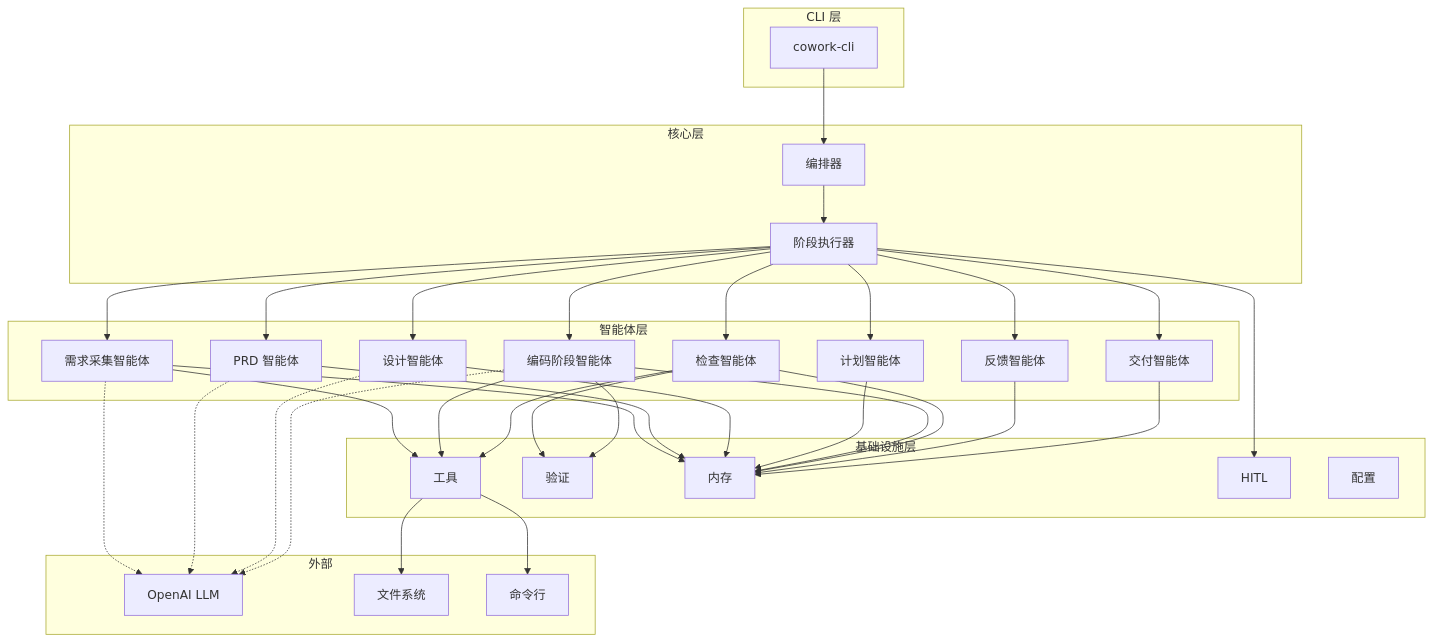
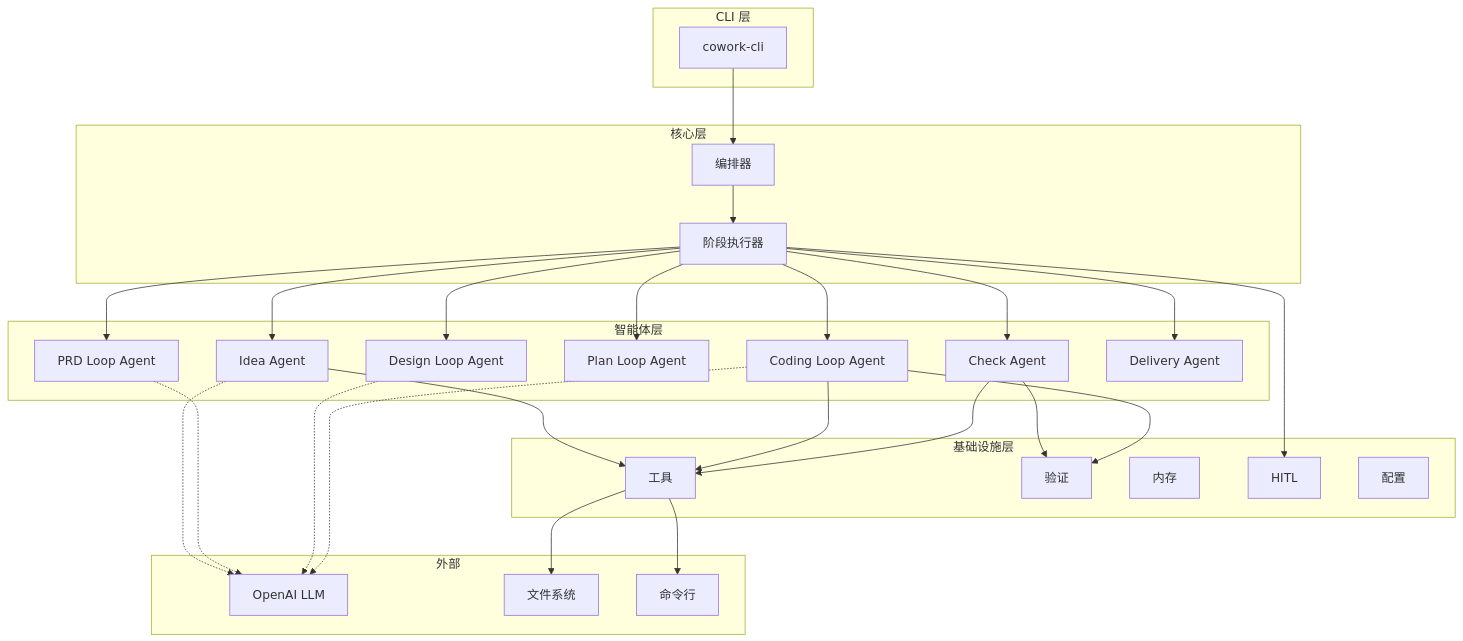
Before and after one commit to sopaco/cowork-forge: the first of 2 diagrams in README_zh.md, drawn with Mermaid. The commit also changed other lines of this file and 1 other file, not shown here.

First line of the commit message:
``` Update documentation to reflect 7-agent architecture

````diff
--- a/README_zh.md
+++ b/README_zh.md
@@ -157,73 +156,62 @@
 ```mermaid
 graph TB
     subgraph "CLI 层"
         CLI[cowork-cli]
     end
     
     subgraph "核心层"
         Orch[编排器]
         Exec[阶段执行器]
     end
     
     subgraph "智能体层"
-        IDEA[需求采集智能体]
-        PRD[PRD 智能体]
-        DESIGN[设计智能体]
-        PLAN[计划智能体]
-        CODING[编码阶段智能体]
-        CHECK[检查智能体]
-        FEEDBACK[反馈智能体]
-        DELIVERY[交付智能体]
+        IDEA[Idea Agent]
+        PRD[PRD Loop Agent]
+        DESIGN[Design Loop Agent]
+        PLAN[Plan Loop Agent]
+        CODING[Coding Loop Agent]
+        CHECK[Check Agent]
+        DELIVERY[Delivery Agent]
     end
     
     subgraph "基础设施层"
         TOOLS[工具]
         VERIFY[验证]
         MEMORY[内存]
         HITL[HITL]
         CONFIG[配置]
     end
     
     subgraph "外部"
         LLM[OpenAI LLM]
         FS[文件系统]
         CMD[命令行]
     end
     
     CLI --> Orch
     Orch --> Exec
     Exec --> IDEA
     Exec --> PRD
     Exec --> DESIGN
     Exec --> PLAN
     Exec --> CODING
     Exec --> CHECK
-    Exec --> FEEDBACK
     Exec --> DELIVERY
     
     IDEA --> TOOLS
     CODING --> TOOLS
     CHECK --> TOOLS
     
     CHECK --> VERIFY
     CODING --> VERIFY
-    
-    IDEA --> MEMORY
-    PRD --> MEMORY
-    DESIGN --> MEMORY
-    PLAN --> MEMORY
-    CODING --> MEMORY
-    CHECK --> MEMORY
-    FEEDBACK --> MEMORY
-    DELIVERY --> MEMORY
     
     Exec --> HITL
     
     TOOLS --> FS
     TOOLS --> CMD
     
     IDEA -.-> LLM
     PRD -.-> LLM
     DESIGN -.-> LLM
     CODING -.-> LLM
 ```
````
